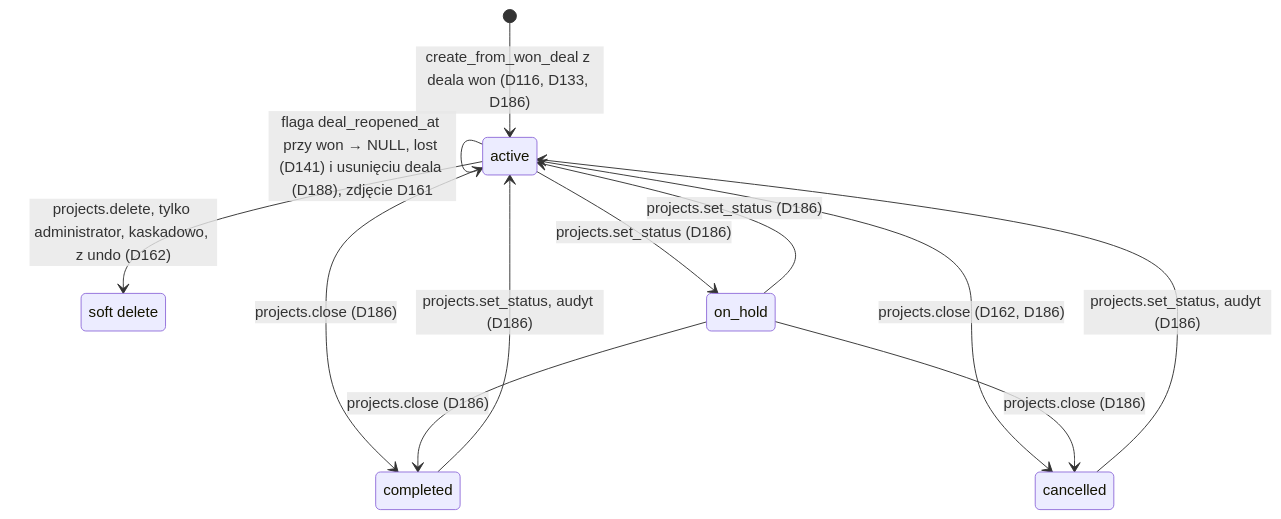
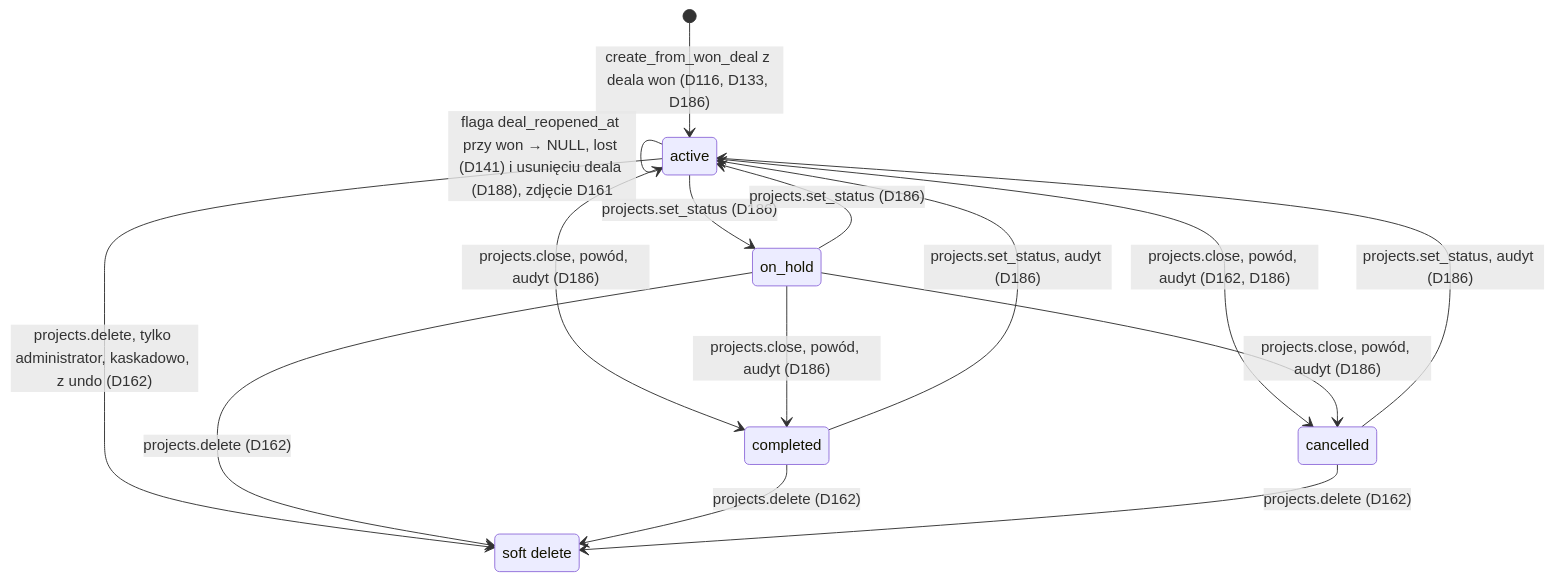
One commit to AdamskiMarek/open-mercato changed the third of 4 diagrams in .ai/architecture.md. Above: the diagram before and after it, drawn with Mermaid. The commit also changed other lines of this file and 6 other files, not shown here.

````diff
--- a/.ai/architecture.md
+++ b/.ai/architecture.md
@@ -65,19 +65,22 @@
 ```mermaid
 stateDiagram-v2
     state "active" as active
     state "on_hold" as on_hold
     state "completed" as completed
     state "cancelled" as cancelled
     state "soft delete" as deleted
     [*] --> active: create_from_won_deal z deala won (D116, D133, D186)
     active --> active: flaga deal_reopened_at przy won → NULL, lost (D141) i usunięciu deala (D188), zdjęcie D161
     active --> on_hold: projects.set_status (D186)
     on_hold --> active: projects.set_status (D186)
-    active --> completed: projects.close (D186)
-    active --> cancelled: projects.close (D162, D186)
-    on_hold --> completed: projects.close (D186)
-    on_hold --> cancelled: projects.close (D186)
+    active --> completed: projects.close, powód, audyt (D186)
+    active --> cancelled: projects.close, powód, audyt (D162, D186)
+    on_hold --> completed: projects.close, powód, audyt (D186)
+    on_hold --> cancelled: projects.close, powód, audyt (D186)
     completed --> active: projects.set_status, audyt (D186)
     cancelled --> active: projects.set_status, audyt (D186)
     active --> deleted: projects.delete, tylko administrator, kaskadowo, z undo (D162)
+    on_hold --> deleted: projects.delete (D162)
+    completed --> deleted: projects.delete (D162)
+    cancelled --> deleted: projects.delete (D162)
 ```
````
